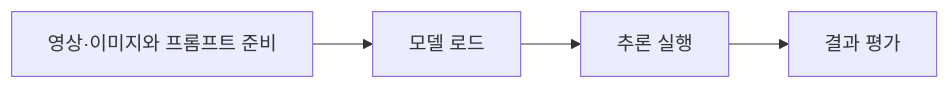
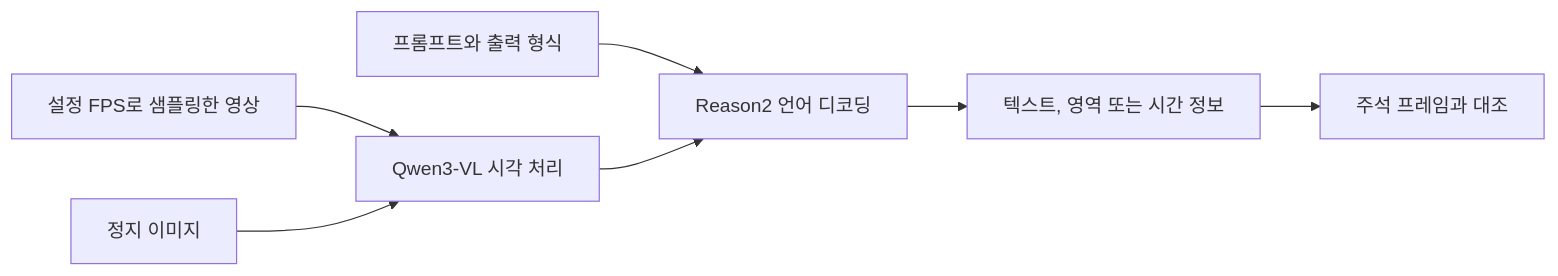
One commit to james-joobs/awesome-nvidia-physical-ai changed the diagram in docs/ko/cosmos-reason2.md. Above: the diagram before and after it, drawn with Mermaid. The commit also changed other lines of this file and 187 other files, not shown here.

Commit message:
Expand bilingual guides with official architecture references

````diff
--- a/docs/ko/cosmos-reason2.md
+++ b/docs/ko/cosmos-reason2.md
@@ -15,8 +9,9 @@
 ```mermaid
 flowchart LR
-  S0["영상·이미지와 프롬프트 준비"]
-  S1["모델 로드"]
-  S2["추론 실행"]
-  S3["결과 평가"]
-  S0 --> S1 --> S2 --> S3
+    V["설정 FPS로 샘플링한 영상"] --> X["Qwen3-VL 시각 처리"]
+    I["정지 이미지"] --> X
+    P["프롬프트와 출력 형식"] --> Q["Reason2 언어 디코딩"]
+    X --> Q
+    Q --> T["텍스트, 영역 또는 시간 정보"]
+    T --> C["주석 프레임과 대조"]
 ```
````
